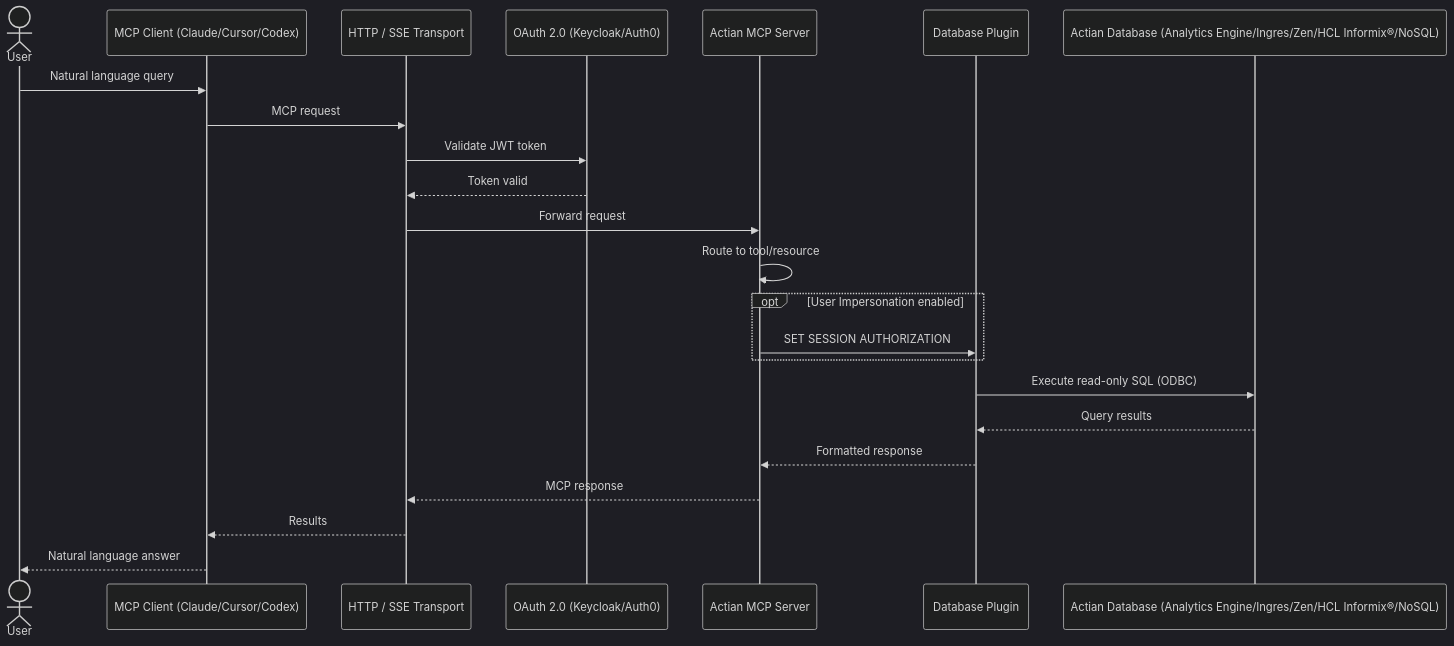
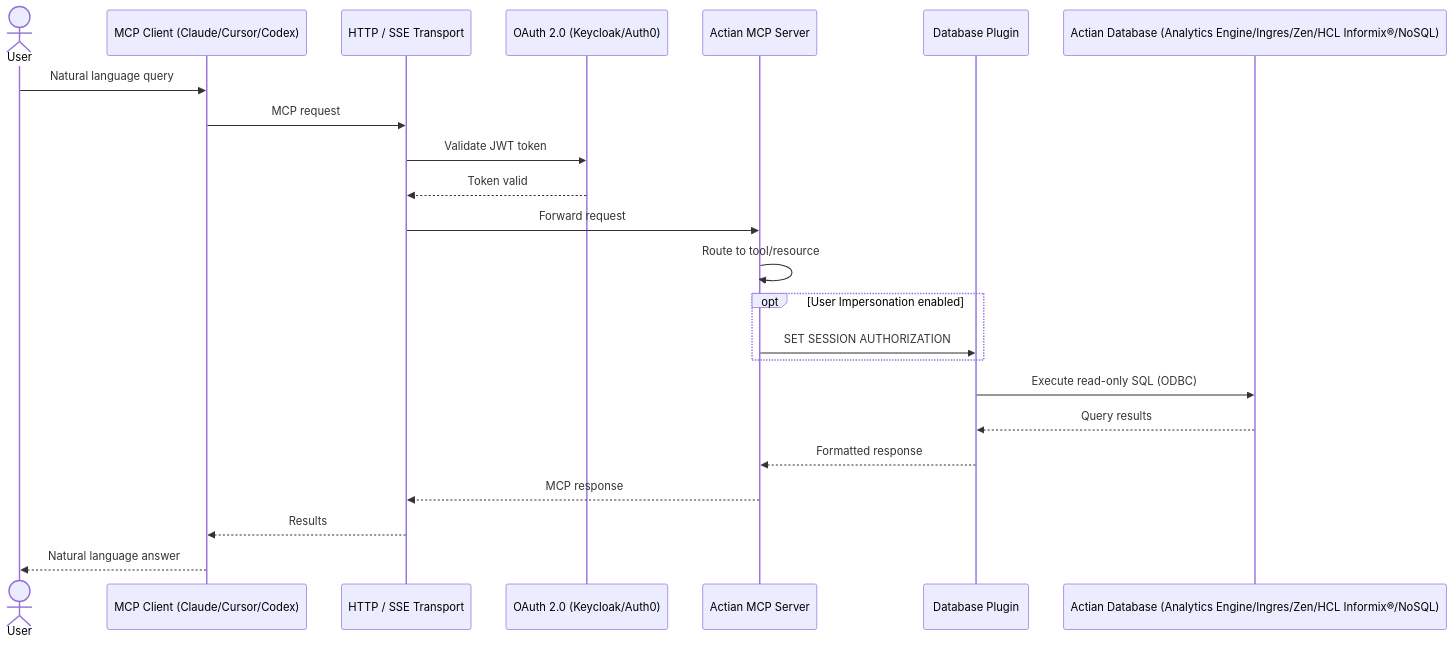
One commit to ActianCorp/mcp-server-docs changed the second of 2 diagrams in docs/intro/index.md. Above: the diagram before and after it, drawn with Mermaid. The commit also changed 1 other file, not shown here.

Commit message:
minor fix

````diff
--- a/docs/intro/index.md
+++ b/docs/intro/index.md
@@ -106,31 +106,31 @@
 ```mermaid
-%%{init: {'theme': 'dark', 'themeVariables': {'fontSize': '44px', 'fontFamily': 'arial'}}}%%
+%%{init: {'theme': 'default', 'themeVariables': {'fontSize': '44px', 'fontFamily': 'arial'}}}%%
 sequenceDiagram
     actor User
     participant Client as MCP Client (Claude/Cursor/Codex)
     participant Transport as HTTP / SSE Transport
     participant Auth as OAuth 2.0 (Keycloak/Auth0)
     participant Server as Actian MCP Server
     participant Plugin as Database Plugin
     participant DB as Actian Database (Analytics Engine/Ingres/Zen/HCL Informix®/NoSQL)
 
     User->>Client: Natural language query
     Client->>Transport: MCP request
 
     Transport->>Auth: Validate JWT token
     Auth-->>Transport: Token valid
 
     Transport->>Server: Forward request
     Server->>Server: Route to tool/resource
 
     opt User Impersonation enabled
         Server->>Plugin: SET SESSION AUTHORIZATION
     end
 
     Plugin->>DB: Execute read-only SQL (ODBC)
     DB-->>Plugin: Query results
     Plugin-->>Server: Formatted response
     Server-->>Transport: MCP response
     Transport-->>Client: Results
     Client-->>User: Natural language answer
 ```
````
